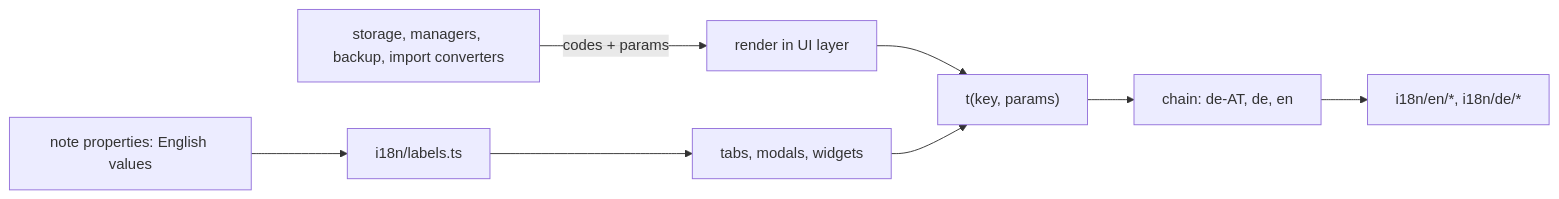
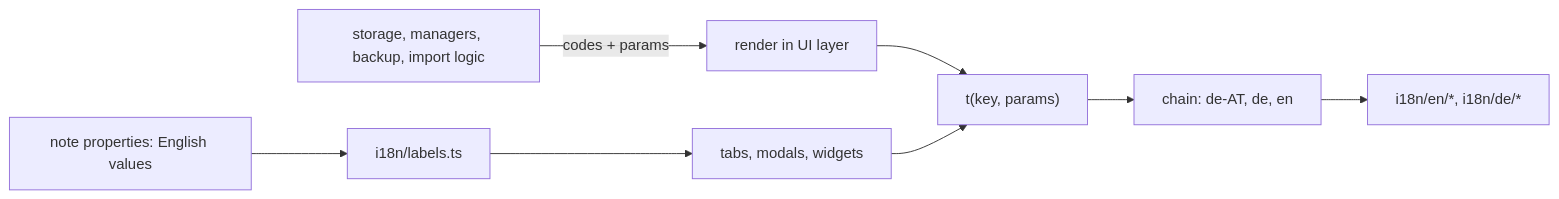
The diagram in docs/architecture/i18n.md (Macavity/obsidian-hoard), drawn with Mermaid before and after one commit. The commit also changed other lines of this file and 26 other files, not shown here.

````diff
--- a/docs/architecture/i18n.md
+++ b/docs/architecture/i18n.md
@@ -26,10 +26,10 @@
 ```mermaid
 flowchart LR
   Stored[note properties: English values] --> Labels[i18n/labels.ts]
   Labels --> UI[tabs, modals, widgets]
-  Storage[storage, managers, backup, import converters] -- codes + params --> Render[render in UI layer]
+  Storage[storage, managers, backup, import logic] -- codes + params --> Render[render in UI layer]
   Render --> T["t(key, params)"]
   UI --> T
   T --> Chain["chain: de-AT, de, en"]
   Chain --> Trees[i18n/en/*, i18n/de/*]
 ```
````
